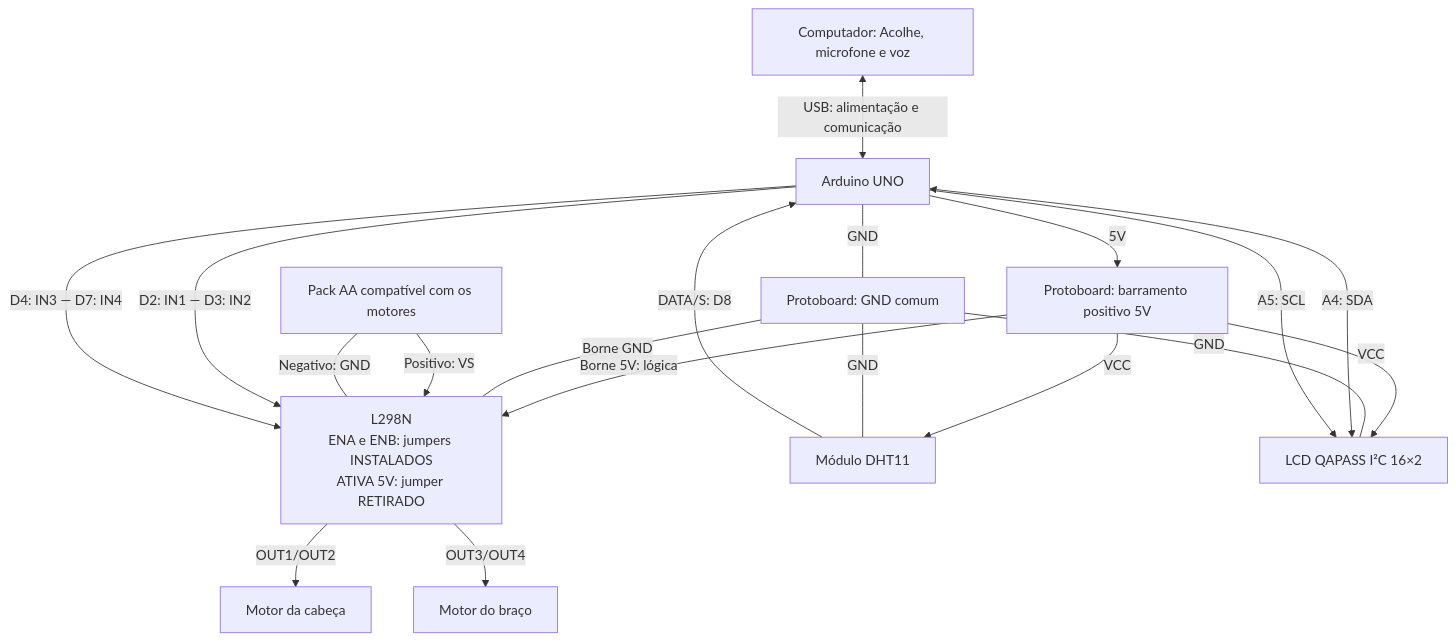
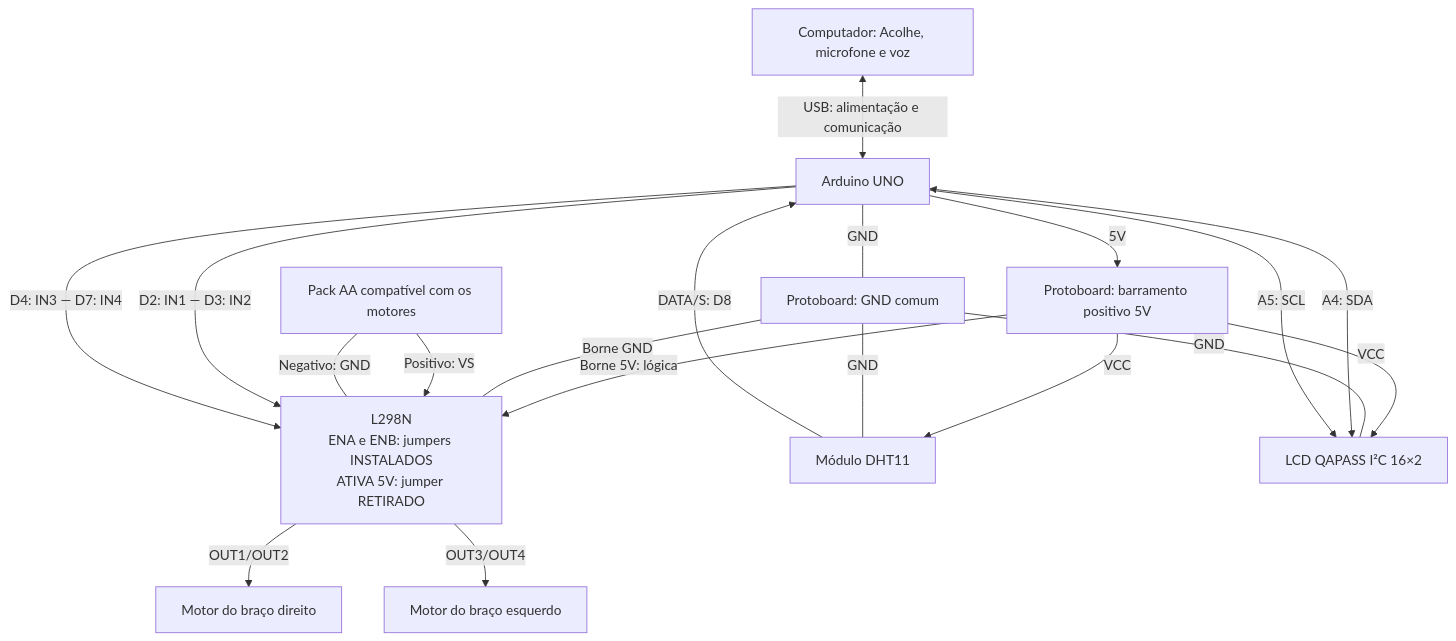
One commit to Acolhe-Projeto/Acolhe---GS8 changed the diagram in robot/README.md. Above: the diagram before and after it, drawn with Mermaid. The commit also changed other lines of this file and 12 other files, not shown here.

````diff
--- a/robot/README.md
+++ b/robot/README.md
@@ -30,22 +32,22 @@
 ```mermaid
 flowchart TB
     PC["Computador: Acolhe, microfone e voz"] <-->|"USB: alimentação e comunicação"| UNO["Arduino UNO"]
     UNO -->|"5V"| POS["Protoboard: barramento positivo 5V"]
     UNO ---|"GND"| GND["Protoboard: GND comum"]
     H["L298N<br/>ENA e ENB: jumpers INSTALADOS<br/>ATIVA 5V: jumper RETIRADO"]
     POS -->|"Borne 5V: lógica"| H
     GND ---|"Borne GND"| H
     BAT["Pack AA compatível com os motores"] -->|"Positivo: VS"| H
     BAT ---|"Negativo: GND"| H
     UNO -->|"D2: IN1 — D3: IN2"| H
     UNO -->|"D4: IN3 — D7: IN4"| H
-    H -->|"OUT1/OUT2"| HEAD["Motor da cabeça"]
-    H -->|"OUT3/OUT4"| ARM["Motor do braço"]
+    H -->|"OUT1/OUT2"| HEAD["Motor do braço direito"]
+    H -->|"OUT3/OUT4"| ARM["Motor do braço esquerdo"]
     POS -->|"VCC"| DHT["Módulo DHT11"]
     GND ---|"GND"| DHT
     DHT -->|"DATA/S: D8"| UNO
     POS -->|"VCC"| LCD["LCD QAPASS I²C 16×2"]
     GND ---|"GND"| LCD
     UNO <-->|"A4: SDA"| LCD
     UNO -->|"A5: SCL"| LCD
 ```
````
